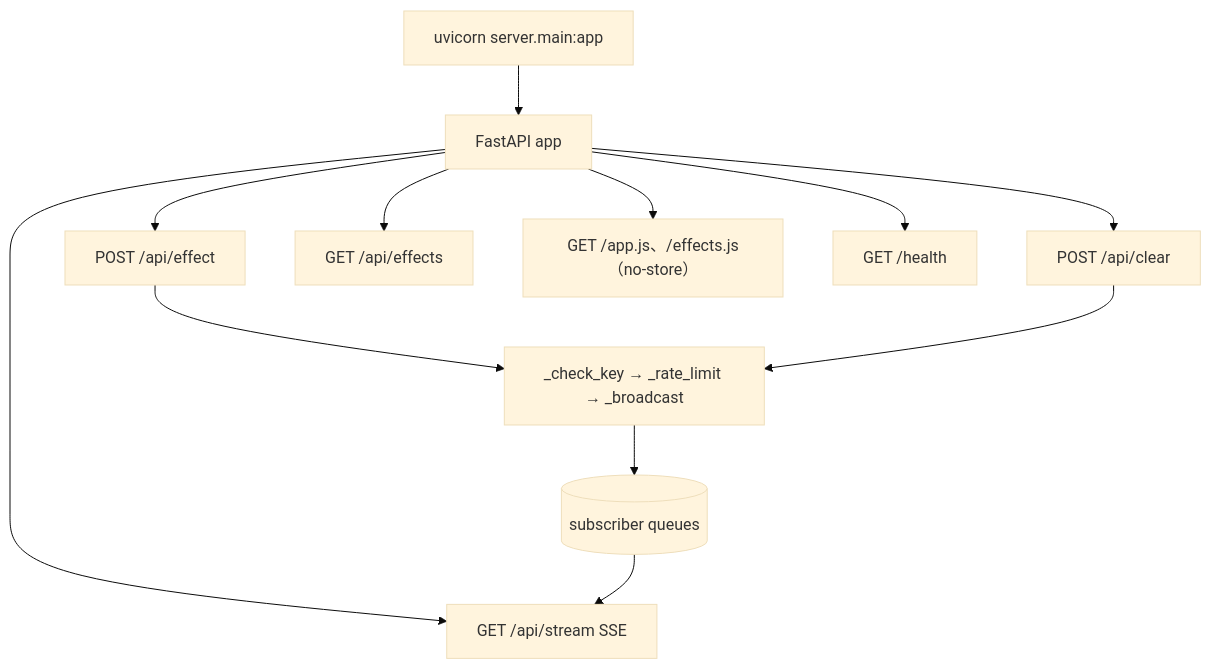
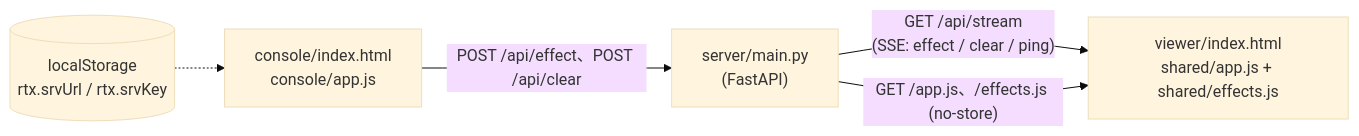
Before and after one commit to zivngit/Real-time-Interaction-html: the first of 6 diagrams in docs/agents/CALL_GRAPH.md, drawn with Mermaid (base theme). The commit also changed other lines of this file, not shown here.

Commit message:
docs: 依新規則重寫函式呼叫關係圖（依內容選擇 mermaid 圖型）

````diff
--- a/docs/agents/CALL_GRAPH.md
+++ b/docs/agents/CALL_GRAPH.md
@@ -17,14 +7,11 @@
 ```mermaid
-flowchart TD
-    A[uvicorn server.main:app] --> C[FastAPI app]
-    C --> R1[POST /api/effect]
-    C --> R2[POST /api/clear]
-    C --> R3[GET /api/stream SSE]
-    C --> R4[GET /api/effects]
-    C --> R5[GET /app.js、/effects.js（no-store）]
-    C --> R6[GET /health]
-    R1 --> P1[_check_key → _rate_limit → _broadcast]
-    R2 --> P1
-    P1 --> Q[(subscriber queues)]
-    Q --> R3
+flowchart LR
+    C["console/index.html<br/>console/app.js"]
+    S["server/main.py<br/>(FastAPI)"]
+    V["viewer/index.html<br/>shared/app.js + shared/effects.js"]
+    LS[("localStorage<br/>rtx.srvUrl / rtx.srvKey")]
+    C -->|"POST /api/effect、POST /api/clear"| S
+    S -->|"GET /api/stream<br/>(SSE: effect / clear / ping)"| V
+    S -->|"GET /app.js、/effects.js (no-store)"| V
+    LS -.-> C
 ```
````
